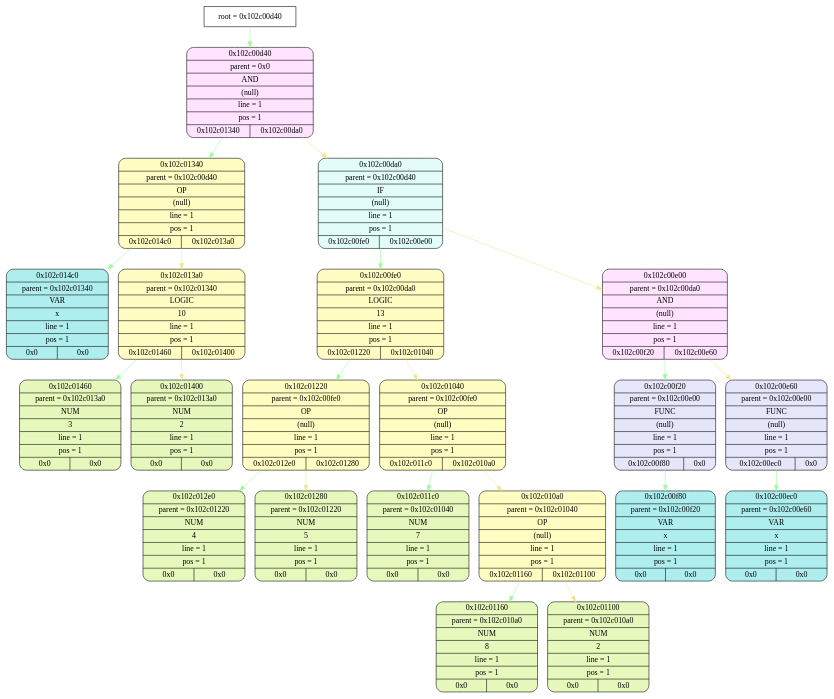
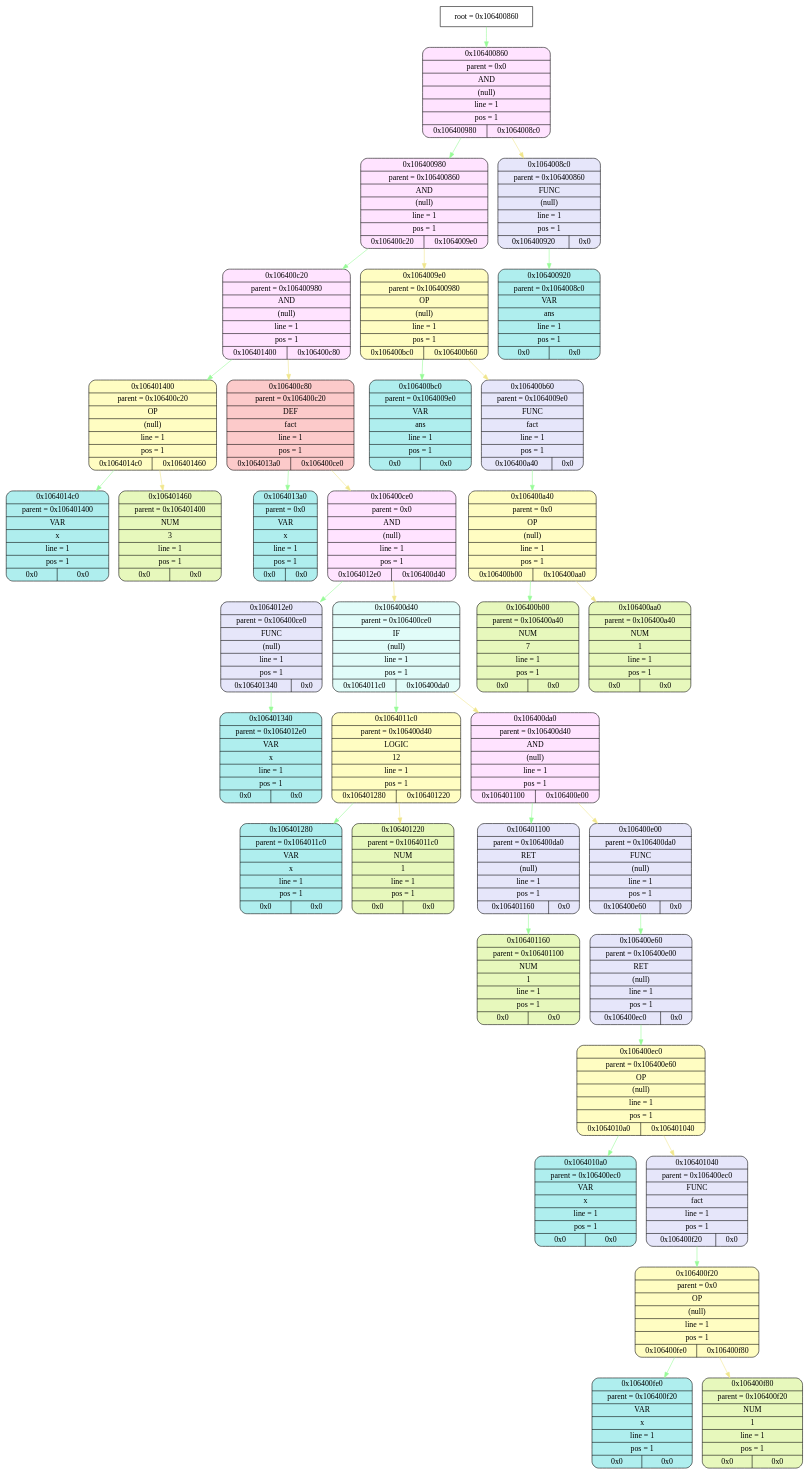
Before and after one commit to esgalimov/language: the diagram in frontend/tmp/graphviz.dot, drawn with Graphviz. The commit also changed 24 other files, not shown here.

```diff
--- a/frontend/tmp/graphviz.dot
+++ b/frontend/tmp/graphviz.dot
@@ -1,68 +1,107 @@
 digraph
 {
-    node_info[shape = record, label = "{root = 0x102c00d40}"];
+    node_info[shape = record, label = "{root = 0x106400860}"];
 
-    node_info->node_0x102c00d40 [color = "#98FB98"];
-    node_0x102c00d40[shape = Mrecord, label = "{{0x102c00d40} | {parent =  0x0} | {AND} | {(null)} | {line = 1} | {pos = 1} | {0x102c01340 | 0x102c00da0}}",
+    node_info->node_0x106400860 [color = "#98FB98"];
+    node_0x106400860[shape = Mrecord, label = "{{0x106400860} | {parent =  0x0} | {AND} | {(null)} | {line = 1} | {pos = 1} | {0x106400980 | 0x1064008c0}}",
                                         style="filled", fillcolor="#FFE3FF"];
-    node_0x102c01340[shape = Mrecord, label = "{{0x102c01340} | {parent =  0x102c00d40} | {OP} | {(null)} | {line = 1} | {pos = 1} | {0x102c014c0 | 0x102c013a0}}",
+    node_0x106400980[shape = Mrecord, label = "{{0x106400980} | {parent =  0x106400860} | {AND} | {(null)} | {line = 1} | {pos = 1} | {0x106400c20 | 0x1064009e0}}",
+                                        style="filled", fillcolor="#FFE3FF"];
+    node_0x106400c20[shape = Mrecord, label = "{{0x106400c20} | {parent =  0x106400980} | {AND} | {(null)} | {line = 1} | {pos = 1} | {0x106401400 | 0x106400c80}}",
+                                        style="filled", fillcolor="#FFE3FF"];
+    node_0x106401400[shape = Mrecord, label = "{{0x106401400} | {parent =  0x106400c20} | {OP} | {(null)} | {line = 1} | {pos = 1} | {0x1064014c0 | 0x106401460}}",
                                         style="filled", fillcolor="#FFFDC2"];
-    node_0x102c014c0[shape = Mrecord, label = "{{0x102c014c0} | {parent =  0x102c01340} | {VAR} | {x} | {line = 1} | {pos = 1} | {0x0 | 0x0}}",
+    node_0x1064014c0[shape = Mrecord, label = "{{0x1064014c0} | {parent =  0x106401400} | {VAR} | {x} | {line = 1} | {pos = 1} | {0x0 | 0x0}}",
                                         style="filled", fillcolor="#AFEEEE"];
-    node_0x102c013a0[shape = Mrecord, label = "{{0x102c013a0} | {parent =  0x102c01340} | {LOGIC} | {10} | {line = 1} | {pos = 1} | {0x102c01460 | 0x102c01400}}",
+    node_0x106401460[shape = Mrecord, label = "{{0x106401460} | {parent =  0x106401400} | {NUM} | {3} | {line = 1} | {pos = 1} | {0x0 | 0x0}}",
+                style="filled", fillcolor="#E7F8BC"];
+    node_0x106400c80[shape = Mrecord, label = "{{0x106400c80} | {parent =  0x106400c20} | {DEF} | {fact} | {line = 1} | {pos = 1} | {0x1064013a0 | 0x106400ce0}}",
+                                        style="filled", fillcolor="#FCCACA"];
+    node_0x1064013a0[shape = Mrecord, label = "{{0x1064013a0} | {parent =  0x0} | {VAR} | {x} | {line = 1} | {pos = 1} | {0x0 | 0x0}}",
+                                        style="filled", fillcolor="#AFEEEE"];
+    node_0x106400ce0[shape = Mrecord, label = "{{0x106400ce0} | {parent =  0x0} | {AND} | {(null)} | {line = 1} | {pos = 1} | {0x1064012e0 | 0x106400d40}}",
+                                        style="filled", fillcolor="#FFE3FF"];
+    node_0x1064012e0[shape = Mrecord, label = "{{0x1064012e0} | {parent =  0x106400ce0} | {FUNC} | {(null)} | {line = 1} | {pos = 1} | {0x106401340 | 0x0}}",
+                                        style="filled", fillcolor="#E6E6FA"];
+    node_0x106401340[shape = Mrecord, label = "{{0x106401340} | {parent =  0x1064012e0} | {VAR} | {x} | {line = 1} | {pos = 1} | {0x0 | 0x0}}",
+                                        style="filled", fillcolor="#AFEEEE"];
+    node_0x106400d40[shape = Mrecord, label = "{{0x106400d40} | {parent =  0x106400ce0} | {IF} | {(null)} | {line = 1} | {pos = 1} | {0x1064011c0 | 0x106400da0}}",
+                                        style="filled", fillcolor="#E1FCF9"];
+    node_0x1064011c0[shape = Mrecord, label = "{{0x1064011c0} | {parent =  0x106400d40} | {LOGIC} | {12} | {line = 1} | {pos = 1} | {0x106401280 | 0x106401220}}",
                 style="filled", fillcolor="#FFFDC2"];
-    node_0x102c01460[shape = Mrecord, label = "{{0x102c01460} | {parent =  0x102c013a0} | {NUM} | {3} | {line = 1} | {pos = 1} | {0x0 | 0x0}}",
+    node_0x106401280[shape = Mrecord, label = "{{0x106401280} | {parent =  0x1064011c0} | {VAR} | {x} | {line = 1} | {pos = 1} | {0x0 | 0x0}}",
+                                        style="filled", fillcolor="#AFEEEE"];
+    node_0x106401220[shape = Mrecord, label = "{{0x106401220} | {parent =  0x1064011c0} | {NUM} | {1} | {line = 1} | {pos = 1} | {0x0 | 0x0}}",
                 style="filled", fillcolor="#E7F8BC"];
-    node_0x102c01400[shape = Mrecord, label = "{{0x102c01400} | {parent =  0x102c013a0} | {NUM} | {2} | {line = 1} | {pos = 1} | {0x0 | 0x0}}",
+    node_0x106400da0[shape = Mrecord, label = "{{0x106400da0} | {parent =  0x106400d40} | {AND} | {(null)} | {line = 1} | {pos = 1} | {0x106401100 | 0x106400e00}}",
+                                        style="filled", fillcolor="#FFE3FF"];
+    node_0x106401100[shape = Mrecord, label = "{{0x106401100} | {parent =  0x106400da0} | {RET} | {(null)} | {line = 1} | {pos = 1} | {0x106401160 | 0x0}}",
+                                        style="filled", fillcolor="#E6E6FA"];
+    node_0x106401160[shape = Mrecord, label = "{{0x106401160} | {parent =  0x106401100} | {NUM} | {1} | {line = 1} | {pos = 1} | {0x0 | 0x0}}",
                 style="filled", fillcolor="#E7F8BC"];
-    node_0x102c00da0[shape = Mrecord, label = "{{0x102c00da0} | {parent =  0x102c00d40} | {IF} | {(null)} | {line = 1} | {pos = 1} | {0x102c00fe0 | 0x102c00e00}}",
-                                        style="filled", fillcolor="#E1FCF9"];
-    node_0x102c00fe0[shape = Mrecord, label = "{{0x102c00fe0} | {parent =  0x102c00da0} | {LOGIC} | {13} | {line = 1} | {pos = 1} | {0x102c01220 | 0x102c01040}}",
-                style="filled", fillcolor="#FFFDC2"];
-    node_0x102c01220[shape = Mrecord, label = "{{0x102c01220} | {parent =  0x102c00fe0} | {OP} | {(null)} | {line = 1} | {pos = 1} | {0x102c012e0 | 0x102c01280}}",
+    node_0x106400e00[shape = Mrecord, label = "{{0x106400e00} | {parent =  0x106400da0} | {FUNC} | {(null)} | {line = 1} | {pos = 1} | {0x106400e60 | 0x0}}",
+                                        style="filled", fillcolor="#E6E6FA"];
+    node_0x106400e60[shape = Mrecord, label = "{{0x106400e60} | {parent =  0x106400e00} | {RET} | {(null)} | {line = 1} | {pos = 1} | {0x106400ec0 | 0x0}}",
+                                        style="filled", fillcolor="#E6E6FA"];
+    node_0x106400ec0[shape = Mrecord, label = "{{0x106400ec0} | {parent =  0x106400e60} | {OP} | {(null)} | {line = 1} | {pos = 1} | {0x1064010a0 | 0x106401040}}",
                                         style="filled", fillcolor="#FFFDC2"];
-    node_0x102c012e0[shape = Mrecord, label = "{{0x102c012e0} | {parent =  0x102c01220} | {NUM} | {4} | {line = 1} | {pos = 1} | {0x0 | 0x0}}",
+    node_0x1064010a0[shape = Mrecord, label = "{{0x1064010a0} | {parent =  0x106400ec0} | {VAR} | {x} | {line = 1} | {pos = 1} | {0x0 | 0x0}}",
+                                        style="filled", fillcolor="#AFEEEE"];
+    node_0x106401040[shape = Mrecord, label = "{{0x106401040} | {parent =  0x106400ec0} | {FUNC} | {fact} | {line = 1} | {pos = 1} | {0x106400f20 | 0x0}}",
+                                        style="filled", fillcolor="#E6E6FA"];
+    node_0x106400f20[shape = Mrecord, label = "{{0x106400f20} | {parent =  0x0} | {OP} | {(null)} | {line = 1} | {pos = 1} | {0x106400fe0 | 0x106400f80}}",
+                                        style="filled", fillcolor="#FFFDC2"];
+    node_0x106400fe0[shape = Mrecord, label = "{{0x106400fe0} | {parent =  0x106400f20} | {VAR} | {x} | {line = 1} | {pos = 1} | {0x0 | 0x0}}",
+                                        style="filled", fillcolor="#AFEEEE"];
+    node_0x106400f80[shape = Mrecord, label = "{{0x106400f80} | {parent =  0x106400f20} | {NUM} | {1} | {line = 1} | {pos = 1} | {0x0 | 0x0}}",
                 style="filled", fillcolor="#E7F8BC"];
-    node_0x102c01280[shape = Mrecord, label = "{{0x102c01280} | {parent =  0x102c01220} | {NUM} | {5} | {line = 1} | {pos = 1} | {0x0 | 0x0}}",
+    node_0x1064009e0[shape = Mrecord, label = "{{0x1064009e0} | {parent =  0x106400980} | {OP} | {(null)} | {line = 1} | {pos = 1} | {0x106400bc0 | 0x106400b60}}",
+                                        style="filled", fillcolor="#FFFDC2"];
+    node_0x106400bc0[shape = Mrecord, label = "{{0x106400bc0} | {parent =  0x1064009e0} | {VAR} | {ans} | {line = 1} | {pos = 1} | {0x0 | 0x0}}",
+                                        style="filled", fillcolor="#AFEEEE"];
+    node_0x106400b60[shape = Mrecord, label = "{{0x106400b60} | {parent =  0x1064009e0} | {FUNC} | {fact} | {line = 1} | {pos = 1} | {0x106400a40 | 0x0}}",
+                                        style="filled", fillcolor="#E6E6FA"];
+    node_0x106400a40[shape = Mrecord, label = "{{0x106400a40} | {parent =  0x0} | {OP} | {(null)} | {line = 1} | {pos = 1} | {0x106400b00 | 0x106400aa0}}",
+                                        style="filled", fillcolor="#FFFDC2"];
+    node_0x106400b00[shape = Mrecord, label = "{{0x106400b00} | {parent =  0x106400a40} | {NUM} | {7} | {line = 1} | {pos = 1} | {0x0 | 0x0}}",
                 style="filled", fillcolor="#E7F8BC"];
-    node_0x102c01040[shape = Mrecord, label = "{{0x102c01040} | {parent =  0x102c00fe0} | {OP} | {(null)} | {line = 1} | {pos = 1} | {0x102c011c0 | 0x102c010a0}}",
-                                        style="filled", fillcolor="#FFFDC2"];
-    node_0x102c011c0[shape = Mrecord, label = "{{0x102c011c0} | {parent =  0x102c01040} | {NUM} | {7} | {line = 1} | {pos = 1} | {0x0 | 0x0}}",
+    node_0x106400aa0[shape = Mrecord, label = "{{0x106400aa0} | {parent =  0x106400a40} | {NUM} | {1} | {line = 1} | {pos = 1} | {0x0 | 0x0}}",
                 style="filled", fillcolor="#E7F8BC"];
-    node_0x102c010a0[shape = Mrecord, label = "{{0x102c010a0} | {parent =  0x102c01040} | {OP} | {(null)} | {line = 1} | {pos = 1} | {0x102c01160 | 0x102c01100}}",
-                                        style="filled", fillcolor="#FFFDC2"];
-    node_0x102c01160[shape = Mrecord, label = "{{0x102c01160} | {parent =  0x102c010a0} | {NUM} | {8} | {line = 1} | {pos = 1} | {0x0 | 0x0}}",
-                style="filled", fillcolor="#E7F8BC"];
-    node_0x102c01100[shape = Mrecord, label = "{{0x102c01100} | {parent =  0x102c010a0} | {NUM} | {2} | {line = 1} | {pos = 1} | {0x0 | 0x0}}",
-                style="filled", fillcolor="#E7F8BC"];
-    node_0x102c00e00[shape = Mrecord, label = "{{0x102c00e00} | {parent =  0x102c00da0} | {AND} | {(null)} | {line = 1} | {pos = 1} | {0x102c00f20 | 0x102c00e60}}",
-                                        style="filled", fillcolor="#FFE3FF"];
-    node_0x102c00f20[shape = Mrecord, label = "{{0x102c00f20} | {parent =  0x102c00e00} | {FUNC} | {(null)} | {line = 1} | {pos = 1} | {0x102c00f80 | 0x0}}",
+    node_0x1064008c0[shape = Mrecord, label = "{{0x1064008c0} | {parent =  0x106400860} | {FUNC} | {(null)} | {line = 1} | {pos = 1} | {0x106400920 | 0x0}}",
                                         style="filled", fillcolor="#E6E6FA"];
-    node_0x102c00f80[shape = Mrecord, label = "{{0x102c00f80} | {parent =  0x102c00f20} | {VAR} | {x} | {line = 1} | {pos = 1} | {0x0 | 0x0}}",
+    node_0x106400920[shape = Mrecord, label = "{{0x106400920} | {parent =  0x1064008c0} | {VAR} | {ans} | {line = 1} | {pos = 1} | {0x0 | 0x0}}",
                                         style="filled", fillcolor="#AFEEEE"];
-    node_0x102c00e60[shape = Mrecord, label = "{{0x102c00e60} | {parent =  0x102c00e00} | {FUNC} | {(null)} | {line = 1} | {pos = 1} | {0x102c00ec0 | 0x0}}",
-                                        style="filled", fillcolor="#E6E6FA"];
-    node_0x102c00ec0[shape = Mrecord, label = "{{0x102c00ec0} | {parent =  0x102c00e60} | {VAR} | {x} | {line = 1} | {pos = 1} | {0x0 | 0x0}}",
-                                        style="filled", fillcolor="#AFEEEE"];
-    node_0x102c00d40->node_0x102c01340 [color = "#98FB98"];
-    node_0x102c01340->node_0x102c014c0 [color = "#98FB98"];
-    node_0x102c01340->node_0x102c013a0 [color = "#F0E68C"];
-    node_0x102c013a0->node_0x102c01460 [color = "#98FB98"];
-    node_0x102c013a0->node_0x102c01400 [color = "#F0E68C"];
-    node_0x102c00d40->node_0x102c00da0 [color = "#F0E68C"];
-    node_0x102c00da0->node_0x102c00fe0 [color = "#98FB98"];
-    node_0x102c00fe0->node_0x102c01220 [color = "#98FB98"];
-    node_0x102c01220->node_0x102c012e0 [color = "#98FB98"];
-    node_0x102c01220->node_0x102c01280 [color = "#F0E68C"];
-    node_0x102c00fe0->node_0x102c01040 [color = "#F0E68C"];
-    node_0x102c01040->node_0x102c011c0 [color = "#98FB98"];
-    node_0x102c01040->node_0x102c010a0 [color = "#F0E68C"];
-    node_0x102c010a0->node_0x102c01160 [color = "#98FB98"];
-    node_0x102c010a0->node_0x102c01100 [color = "#F0E68C"];
-    node_0x102c00da0->node_0x102c00e00 [color = "#F0E68C"];
-    node_0x102c00e00->node_0x102c00f20 [color = "#98FB98"];
-    node_0x102c00f20->node_0x102c00f80 [color = "#98FB98"];
-    node_0x102c00e00->node_0x102c00e60 [color = "#F0E68C"];
-    node_0x102c00e60->node_0x102c00ec0 [color = "#98FB98"];
+    node_0x106400860->node_0x106400980 [color = "#98FB98"];
+    node_0x106400980->node_0x106400c20 [color = "#98FB98"];
+    node_0x106400c20->node_0x106401400 [color = "#98FB98"];
+    node_0x106401400->node_0x1064014c0 [color = "#98FB98"];
+    node_0x106401400->node_0x106401460 [color = "#F0E68C"];
+    node_0x106400c20->node_0x106400c80 [color = "#F0E68C"];
+    node_0x106400c80->node_0x1064013a0 [color = "#98FB98"];
+    node_0x106400c80->node_0x106400ce0 [color = "#F0E68C"];
+    node_0x106400ce0->node_0x1064012e0 [color = "#98FB98"];
+    node_0x1064012e0->node_0x106401340 [color = "#98FB98"];
+    node_0x106400ce0->node_0x106400d40 [color = "#F0E68C"];
+    node_0x106400d40->node_0x1064011c0 [color = "#98FB98"];
+    node_0x1064011c0->node_0x106401280 [color = "#98FB98"];
+    node_0x1064011c0->node_0x106401220 [color = "#F0E68C"];
+    node_0x106400d40->node_0x106400da0 [color = "#F0E68C"];
+    node_0x106400da0->node_0x106401100 [color = "#98FB98"];
+    node_0x106401100->node_0x106401160 [color = "#98FB98"];
+    node_0x106400da0->node_0x106400e00 [color = "#F0E68C"];
+    node_0x106400e00->node_0x106400e60 [color = "#98FB98"];
+    node_0x106400e60->node_0x106400ec0 [color = "#98FB98"];
+    node_0x106400ec0->node_0x1064010a0 [color = "#98FB98"];
+    node_0x106400ec0->node_0x106401040 [color = "#F0E68C"];
+    node_0x106401040->node_0x106400f20 [color = "#98FB98"];
+    node_0x106400f20->node_0x106400fe0 [color = "#98FB98"];
+    node_0x106400f20->node_0x106400f80 [color = "#F0E68C"];
+    node_0x106400980->node_0x1064009e0 [color = "#F0E68C"];
+    node_0x1064009e0->node_0x106400bc0 [color = "#98FB98"];
+    node_0x1064009e0->node_0x106400b60 [color = "#F0E68C"];
+    node_0x106400b60->node_0x106400a40 [color = "#98FB98"];
+    node_0x106400a40->node_0x106400b00 [color = "#98FB98"];
+    node_0x106400a40->node_0x106400aa0 [color = "#F0E68C"];
+    node_0x106400860->node_0x1064008c0 [color = "#F0E68C"];
+    node_0x1064008c0->node_0x106400920 [color = "#98FB98"];
 }
```
